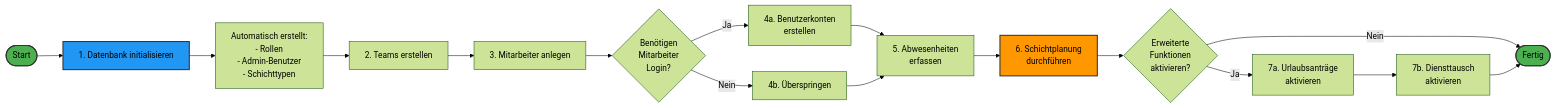
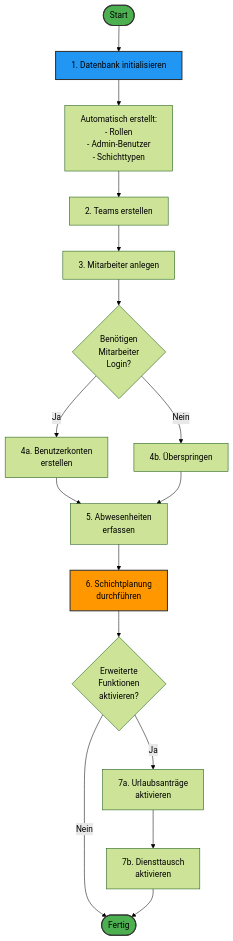
One commit to TimUx/Dienstplan changed the second of 3 diagrams in README.md. Above: the diagram before and after it, drawn with Mermaid (forest theme). The commit also changed other lines of this file, not shown here.

First line of the commit message:
Convert Mermaid diagrams from horizontal to vertical layout

````diff
--- a/README.md
+++ b/README.md
@@ -411,23 +411,23 @@
 ```mermaid
-flowchart LR
+flowchart TD
     Start([Start]) --> InitDB[1. Datenbank initialisieren]
     InitDB --> AutoCreate[Automatisch erstellt:<br/>- Rollen<br/>- Admin-Benutzer<br/>- Schichttypen]
     AutoCreate --> CreateTeams[2. Teams erstellen]
     CreateTeams --> CreateEmployees[3. Mitarbeiter anlegen]
     CreateEmployees --> OptionalUsers{Benötigen<br/>Mitarbeiter<br/>Login?}
     OptionalUsers -->|Ja| CreateUsers[4a. Benutzerkonten<br/>erstellen]
     OptionalUsers -->|Nein| SkipUsers[4b. Überspringen]
     CreateUsers --> AddAbsences[5. Abwesenheiten<br/>erfassen]
     SkipUsers --> AddAbsences
     AddAbsences --> PlanShifts[6. Schichtplanung<br/>durchführen]
     PlanShifts --> OptionalFeatures{Erweiterte<br/>Funktionen<br/>aktivieren?}
     OptionalFeatures -->|Ja| EnableVacReq[7a. Urlaubsanträge<br/>aktivieren]
     OptionalFeatures -->|Nein| Complete
     EnableVacReq --> EnableExchange[7b. Diensttausch<br/>aktivieren]
     EnableExchange --> Complete([Fertig])
     
     style Start fill:#4CAF50,stroke:#333,stroke-width:2px
     style Complete fill:#4CAF50,stroke:#333,stroke-width:2px
     style InitDB fill:#2196F3,stroke:#333,stroke-width:2px
     style PlanShifts fill:#FF9800,stroke:#333,stroke-width:2px
 ```
````
